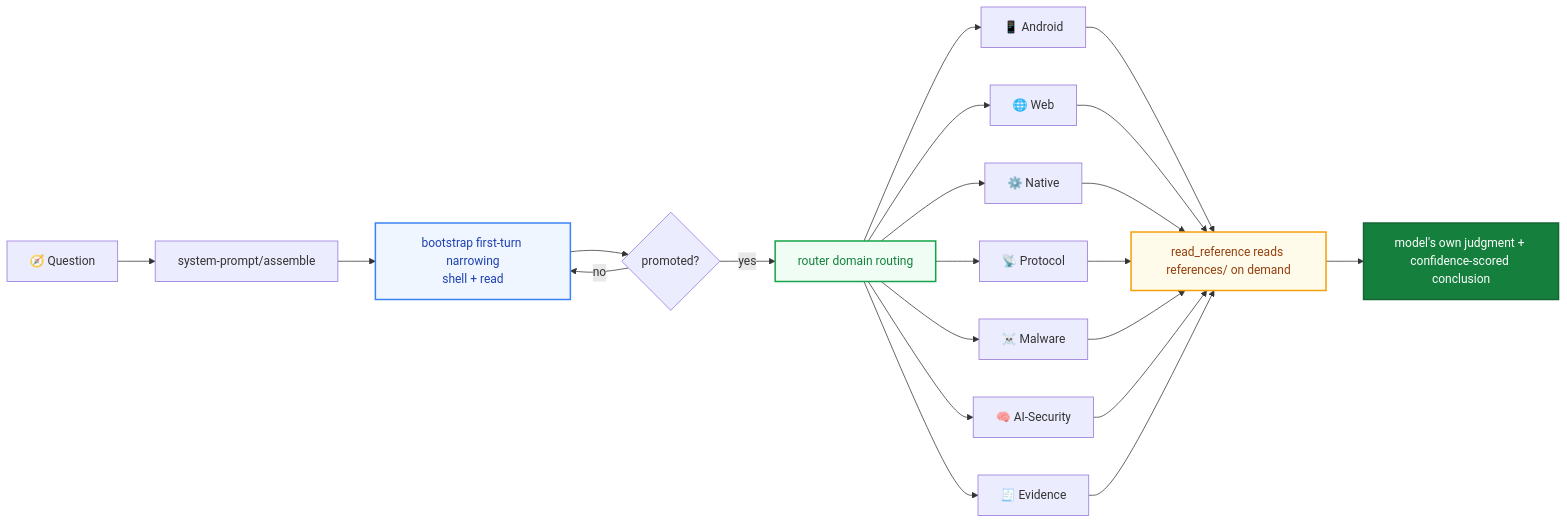
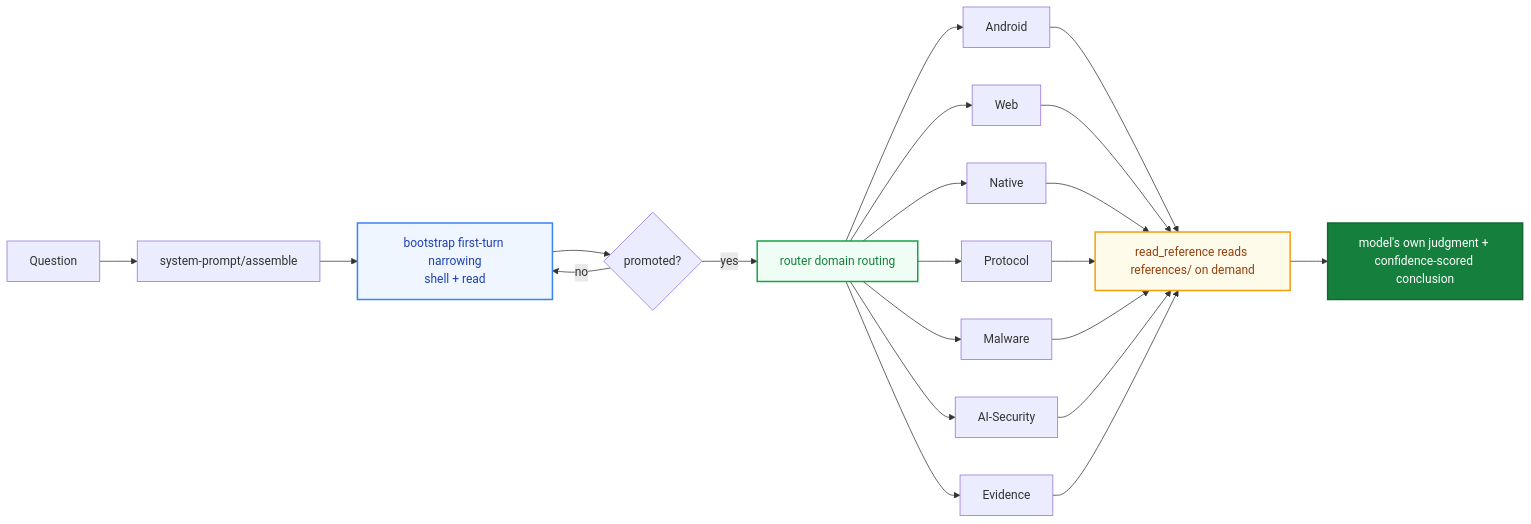
Before and after one commit to ADWMC/helm-d: the diagram in README.en.md, drawn with Mermaid. The commit also changed other lines of this file and 1 other file, not shown here.

Commit message:
docs(readme): drop emoji from headers and mermaid nodes

````diff
--- a/README.en.md
+++ b/README.en.md
@@ -71,22 +71,22 @@
 ```mermaid
 flowchart LR
-    Q["🧭 Question"] --> SP["system-prompt/assemble"]
+    Q["Question"] --> SP["system-prompt/assemble"]
     SP --> BS["bootstrap first-turn narrowing<br/>shell + read"]
     BS --> P{"promoted?"}
     P -->|no| BS
     P -->|yes| ROUTER["router domain routing"]
-    ROUTER --> ANDROID["📱 Android"]
-    ROUTER --> WEB["🌐 Web"]
-    ROUTER --> NATIVE["⚙️ Native"]
-    ROUTER --> PROTO["📡 Protocol"]
-    ROUTER --> MAL["☠️ Malware"]
-    ROUTER --> AI["🧠 AI-Security"]
-    ROUTER --> EVID["🧾 Evidence"]
+    ROUTER --> ANDROID["Android"]
+    ROUTER --> WEB["Web"]
+    ROUTER --> NATIVE["Native"]
+    ROUTER --> PROTO["Protocol"]
+    ROUTER --> MAL["Malware"]
+    ROUTER --> AI["AI-Security"]
+    ROUTER --> EVID["Evidence"]
     ANDROID & WEB & NATIVE & PROTO & MAL & AI & EVID --> REF["read_reference reads references/ on demand"]
     REF --> OUT["model's own judgment + confidence-scored conclusion"]
 
     style BS fill:#eff6ff,stroke:#3b82f6,stroke-width:2px,color:#1e40af
     style ROUTER fill:#f0fdf4,stroke:#16a34a,stroke-width:2px,color:#15803d
     style REF fill:#fffbeb,stroke:#f59e0b,stroke-width:2px,color:#92400e
     style OUT fill:#15803d,color:#fff,stroke:#166534,stroke-width:2px
 ```
````
